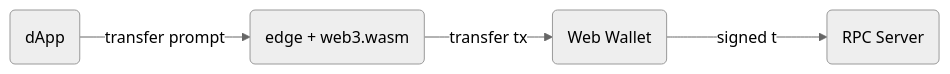
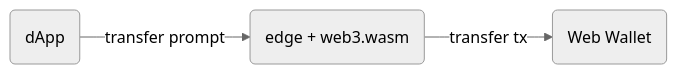
Before and after one commit to gist-rs/tx-builder-wasm: the third of 4 diagrams in README.md, drawn with Mermaid (neutral theme). The commit also changed other lines of this file, not shown here.

````diff
--- a/README.md
+++ b/README.md
@@ -33,4 +33,4 @@
 ```mermaid
 graph LR
-    A(dApp) -- transfer prompt --> B(edge + web3.wasm) -- transfer tx --> Y(Web Wallet) -- signed tx--> Z(RPC Server)
+    A(dApp) -- transfer prompt --> B(edge + web3.wasm) -- transfer tx --> Y(Web Wallet)
 ```
````
